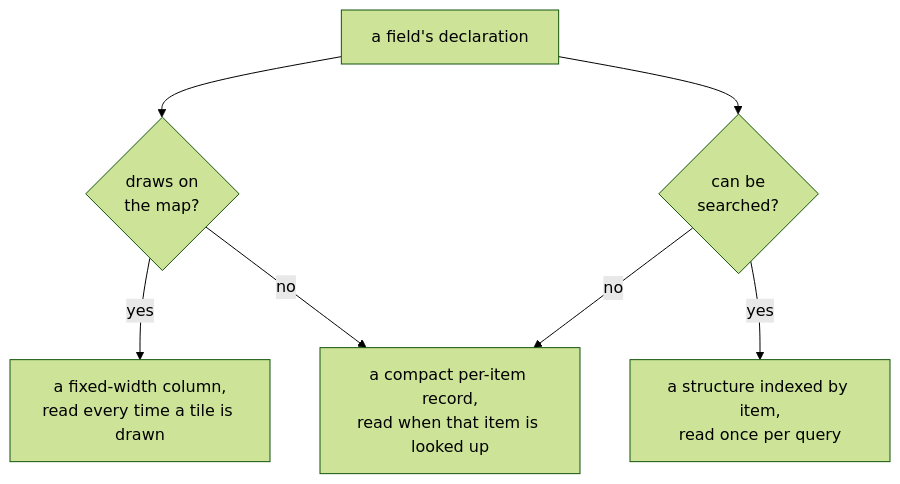
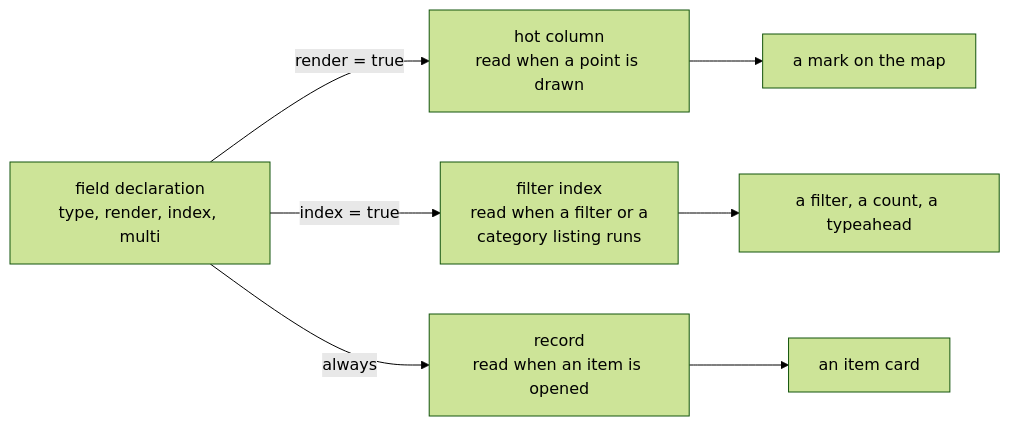
The second of 2 diagrams in docs/system/data-model.md (jennis0/tesseradb), drawn with Mermaid (forest theme) before and after one commit. The commit also changed other lines of this file, not shown here.

Commit message:
docs(system): data model: a key rotation changes the tessera_id; codes are scattered; diagrams redrawn

````diff
--- a/docs/system/data-model.md
+++ b/docs/system/data-model.md
@@ -162,9 +169,10 @@
 ```mermaid
-flowchart TD
-  decl["a field's declaration"] --> render{"draws on<br/>the map?"}
-  decl --> index{"can be<br/>searched?"}
-  render -- "yes" --> hot["a fixed-width column,<br/>read every time a tile is drawn"]
-  index -- "yes" --> struct["a structure indexed by item,<br/>read once per query"]
-  render -- "no" --> blob
-  index -- "no" --> blob["a compact per-item record,<br/>read when that item is looked up"]
+flowchart LR
+  decl["field declaration<br/>type, render, index, multi"]
+  decl -- "render = true" --> hot["hot column<br/>read when a point is drawn"]
+  decl -- "index = true" --> idx["filter index<br/>read when a filter or a<br/>category listing runs"]
+  decl -- "always" --> blob["record<br/>read when an item is opened"]
+  hot --> mark["a mark on the map"]
+  idx --> filter["a filter, a count, a typeahead"]
+  blob --> card["an item card"]
 ```
````
